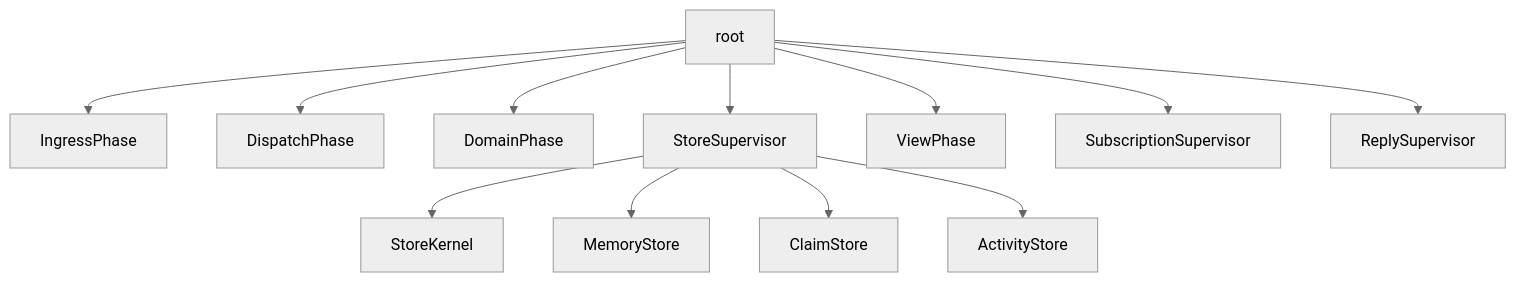
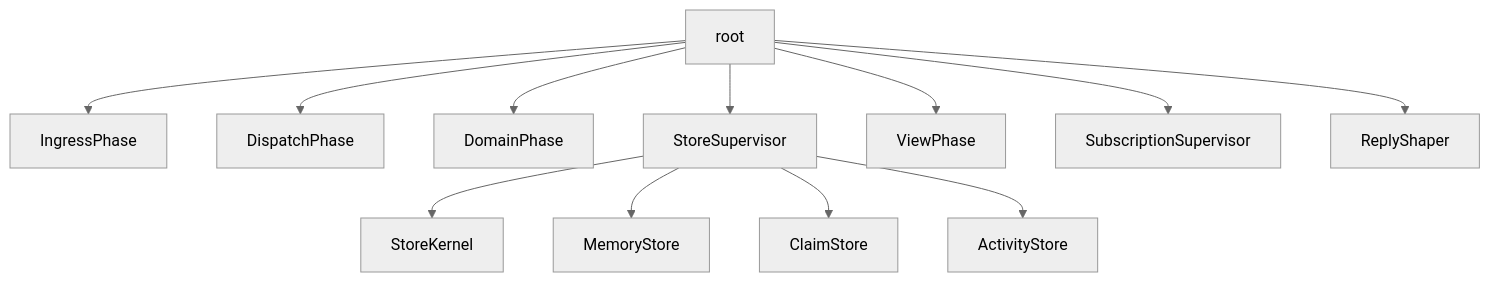
One commit to LiGoldragon/persona-orchestrate changed the third of 7 diagrams in ARCHITECTURE.md. Above: the diagram before and after it, drawn with Mermaid (neutral theme). The commit also changed other lines of this file and 6 other files, not shown here.

Commit message:
persona-mind: rename ReplySupervisor to ReplyShaper

````diff
--- a/ARCHITECTURE.md
+++ b/ARCHITECTURE.md
@@ -137,14 +137,14 @@
 ```mermaid
 graph TB
     root --> ingress[IngressPhase]
     root --> dispatch[DispatchPhase]
     root --> domain[DomainPhase]
     root --> store[StoreSupervisor]
     store --> kernel[StoreKernel]
     store --> memory[MemoryStore]
     store --> claims[ClaimStore]
     store --> activity[ActivityStore]
     root --> views[ViewPhase]
     root --> subscriptions[SubscriptionSupervisor]
-    root --> reply[ReplySupervisor]
+    root --> reply[ReplyShaper]
 ```
````
